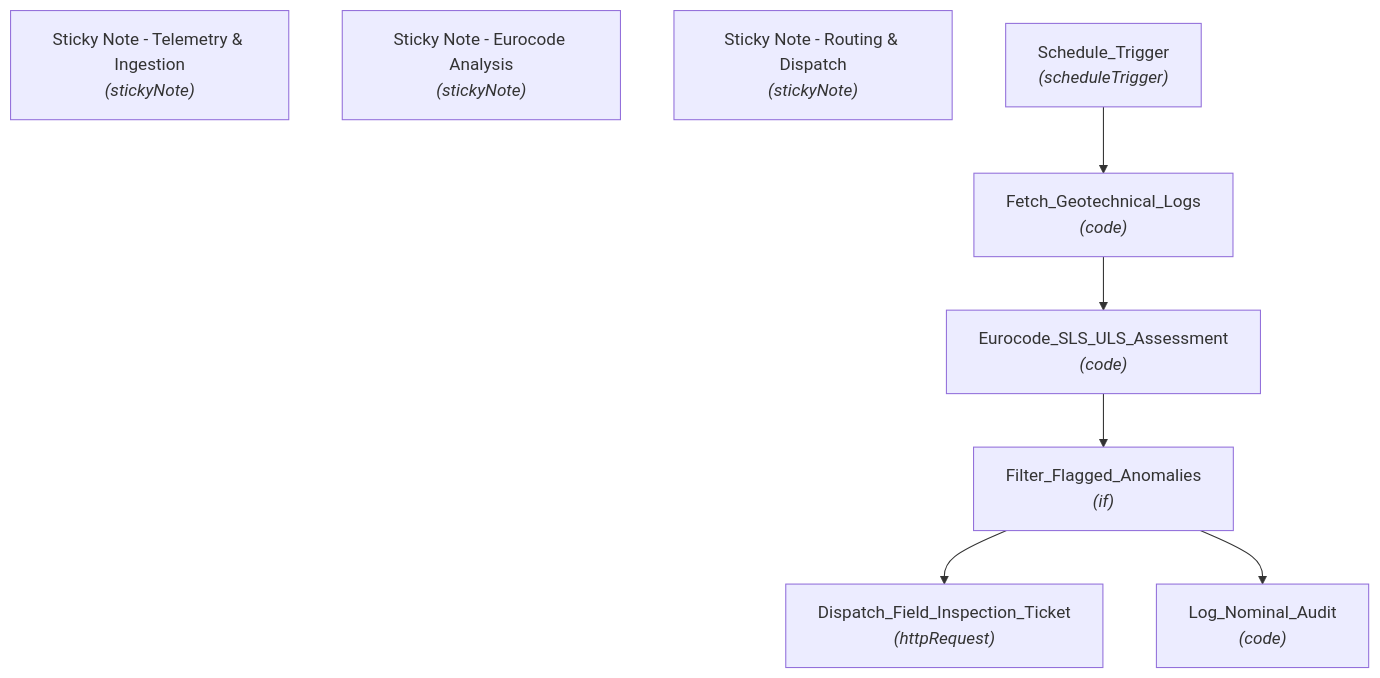
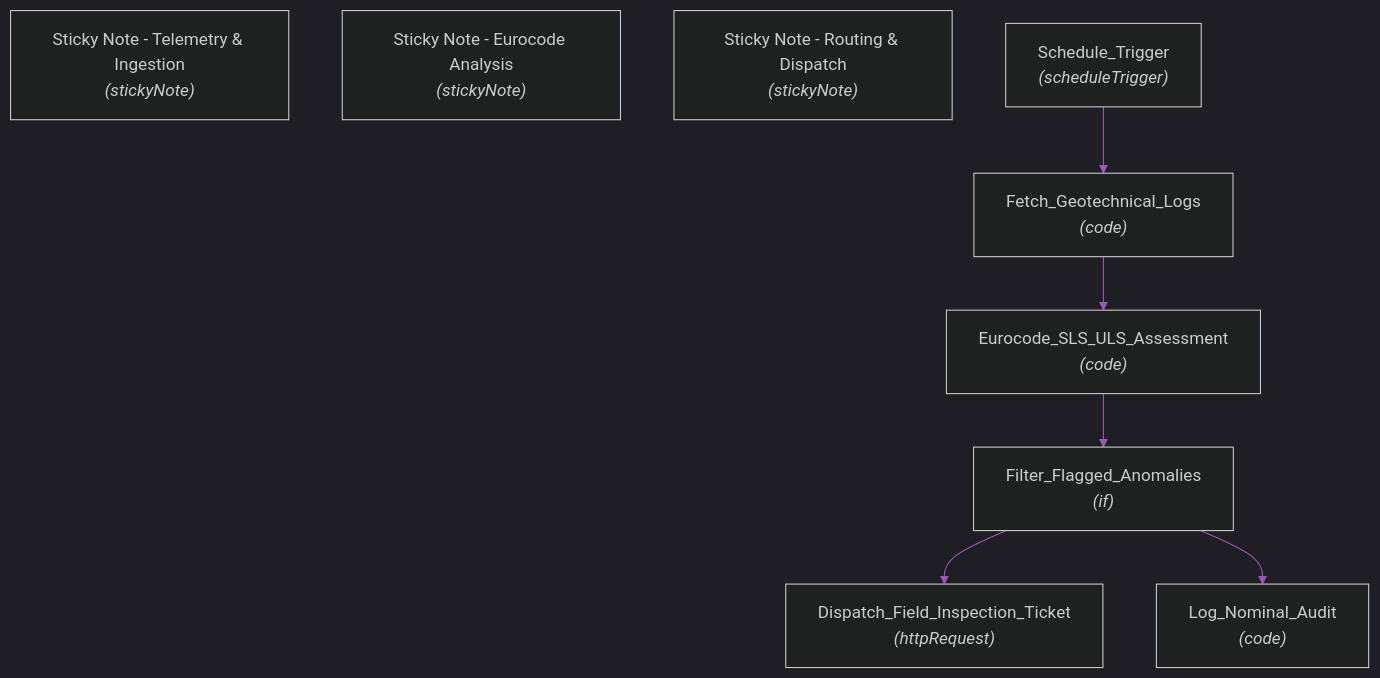
One commit to abderrahman-ai/structural-health-monitoring-crack-detection changed the diagram in README.md. Above: the diagram before and after it, drawn with Mermaid. The commit also changed other lines of this file, not shown here.

Commit message:
style: update README with premium dark-mode architecture & custom design

````diff
--- a/README.md
+++ b/README.md
@@ -33,17 +64,18 @@
 ```mermaid
+%%{init: {'theme': 'dark', 'themeVariables': {'primaryColor': '#1a1a2e', 'primaryTextColor': '#e0e0e0', 'primaryBorderColor': '#9B59B6', 'lineColor': '#9B59B6', 'secondaryColor': '#16213e', 'edgeLabelBackground': '#0d0d0d', 'clusterBkg': '#0d0d0d'}}}%%
 graph TD
     Sticky_Note_Telemetry_Ingestion["Sticky Note - Telemetry & Ingestion<br/><i>(stickyNote)</i>"]
     Sticky_Note_Eurocode_Analysis["Sticky Note - Eurocode Analysis<br/><i>(stickyNote)</i>"]
     Sticky_Note_Routing_Dispatch["Sticky Note - Routing & Dispatch<br/><i>(stickyNote)</i>"]
     Schedule_Trigger["Schedule_Trigger<br/><i>(scheduleTrigger)</i>"]
     Fetch_Geotechnical_Logs["Fetch_Geotechnical_Logs<br/><i>(code)</i>"]
     Eurocode_SLS_ULS_Assessment["Eurocode_SLS_ULS_Assessment<br/><i>(code)</i>"]
     Filter_Flagged_Anomalies["Filter_Flagged_Anomalies<br/><i>(if)</i>"]
     Dispatch_Field_Inspection_Ticket["Dispatch_Field_Inspection_Ticket<br/><i>(httpRequest)</i>"]
     Log_Nominal_Audit["Log_Nominal_Audit<br/><i>(code)</i>"]
     Eurocode_SLS_ULS_Assessment --> Filter_Flagged_Anomalies
     Fetch_Geotechnical_Logs --> Eurocode_SLS_ULS_Assessment
     Filter_Flagged_Anomalies --> Dispatch_Field_Inspection_Ticket
     Filter_Flagged_Anomalies --> Log_Nominal_Audit
     Schedule_Trigger --> Fetch_Geotechnical_Logs
 ```
````
